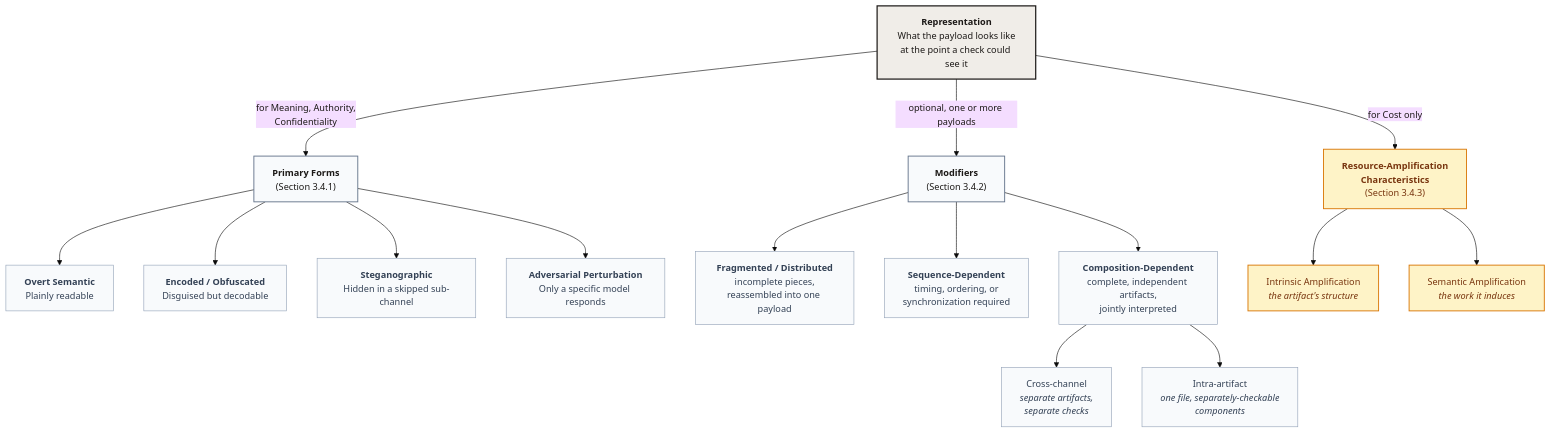
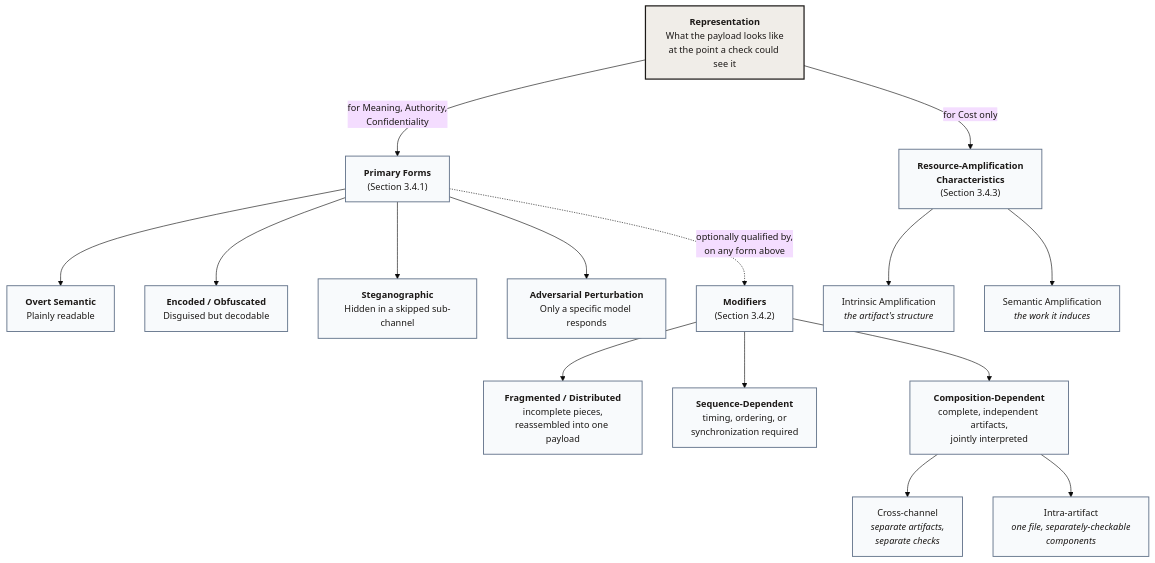
One commit to cosai-oasis/ws4-secure-design-agentic-systems changed diagram 14 of 26 in whitepapers/modality_agnostic_taxonomy.md. Above: the diagram before and after it, drawn with Mermaid. The commit also changed other lines of this file, not shown here.

Commit message:
docs: align terminology, restructure Representation modifiers, revise sections 4-5, and label figures

````diff
--- a/whitepapers/modality_agnostic_taxonomy.md
+++ b/whitepapers/modality_agnostic_taxonomy.md
@@ -721,35 +701,31 @@
 ```mermaid
 %%{init: {"theme": "base", "flowchart": {"nodeSpacing": 50, "rankSpacing": 70, "htmlLabels": true}, "themeVariables": {"fontSize": "15px"}}}%%
 flowchart TD
     ROOT["<b>Representation</b><br/>What the payload looks like<br/>at the point a check could see it"]
 
     ROOT -- "for Meaning, Authority,<br/>Confidentiality" --> FORMS["<b>Primary Forms</b><br/>(Section 3.4.1)"]
-    ROOT -- "optional, one or more payloads" --> MODS["<b>Modifiers</b><br/>(Section 3.4.2)"]
     ROOT -- "for Cost only" --> AMP["<b>Resource-Amplification<br/>Characteristics</b><br/>(Section 3.4.3)"]
 
     FORMS --> OS["<b>Overt Semantic</b><br/>Plainly readable"]
     FORMS --> EO["<b>Encoded / Obfuscated</b><br/>Disguised but decodable"]
     FORMS --> ST["<b>Steganographic</b><br/>Hidden in a skipped sub-channel"]
     FORMS --> AP["<b>Adversarial Perturbation</b><br/>Only a specific model responds"]
+
+    FORMS -. "optionally qualified by,<br/>on any form above" .-> MODS["<b>Modifiers</b><br/>(Section 3.4.2)"]
 
     MODS --> FR["<b>Fragmented / Distributed</b><br/>incomplete pieces,<br/>reassembled into one payload"]
     MODS --> SD["<b>Sequence-Dependent</b><br/>timing, ordering, or<br/>synchronization required"]
     MODS --> CD["<b>Composition-Dependent</b><br/>complete, independent artifacts,<br/>jointly interpreted"]
 
     CD --> CC["Cross-channel<br/><i>separate artifacts,<br/>separate checks</i>"]
     CD --> IAF["Intra-artifact<br/><i>one file, separately-checkable<br/>components</i>"]
 
     AMP --> IA["Intrinsic Amplification<br/><i>the artifact's structure</i>"]
     AMP --> SA["Semantic Amplification<br/><i>the work it induces</i>"]
 
     classDef root fill:#f0ede8,stroke:#1c1917,stroke-width:2px,color:#1c1917
     classDef branch fill:#f8fafc,stroke:#64748b,stroke-width:1.5px,color:#1c1917
-    classDef rep fill:#f8fafc,stroke:#94a3b8,stroke-width:1px,color:#334155
-    classDef cost fill:#fef3c7,stroke:#d97706,stroke-width:1.5px,color:#78350f
 
     class ROOT root
-    class FORMS,MODS branch
-    class AMP cost
-    class OS,EO,ST,AP,FR,SD,CD,CC,IAF rep
-    class IA,SA cost
+    class FORMS,MODS,AMP,OS,EO,ST,AP,FR,SD,CD,CC,IAF,IA,SA branch
 ```
````
